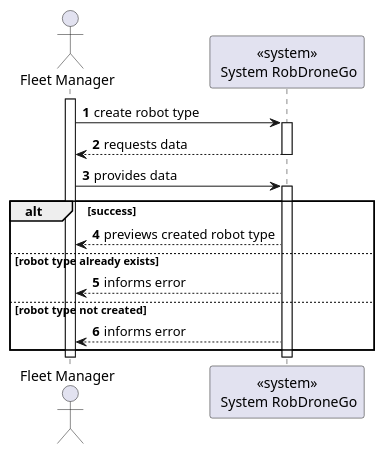
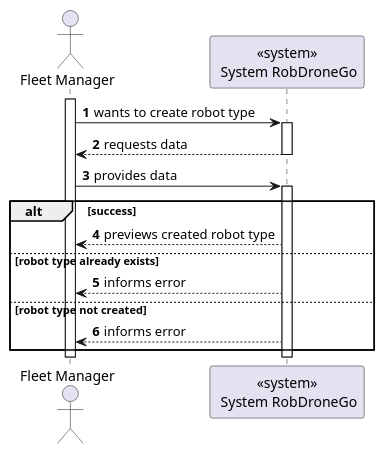
One commit to Departamento-de-Engenharia-Informatica/lapr5-23-24-g19 changed the diagram in docs/us1000/level1/process-view.puml. Above: the diagram before and after it, drawn with PlantUML. The commit also changed 3 other files, not shown here.

```diff
--- a/docs/us1000/level1/process-view.puml
+++ b/docs/us1000/level1/process-view.puml
@@ -1,26 +1,26 @@
 @startuml
 autonumber
 
 actor "Fleet Manager" as usr
 
 participant "<<system>>\n System RobDroneGo" as sys
 
 activate usr
-    usr -> sys : create robot type
+    usr -> sys : wants to create robot type
     activate sys
         sys --> usr : requests data
     deactivate sys
 
     usr -> sys : provides data
     activate sys
     alt success
         sys --> usr : previews created robot type
     else robot type already exists
         sys --> usr : informs error
     else robot type not created
         sys --> usr : informs error
     end
     deactivate sys
 deactivate usr
 
 @enduml
```
